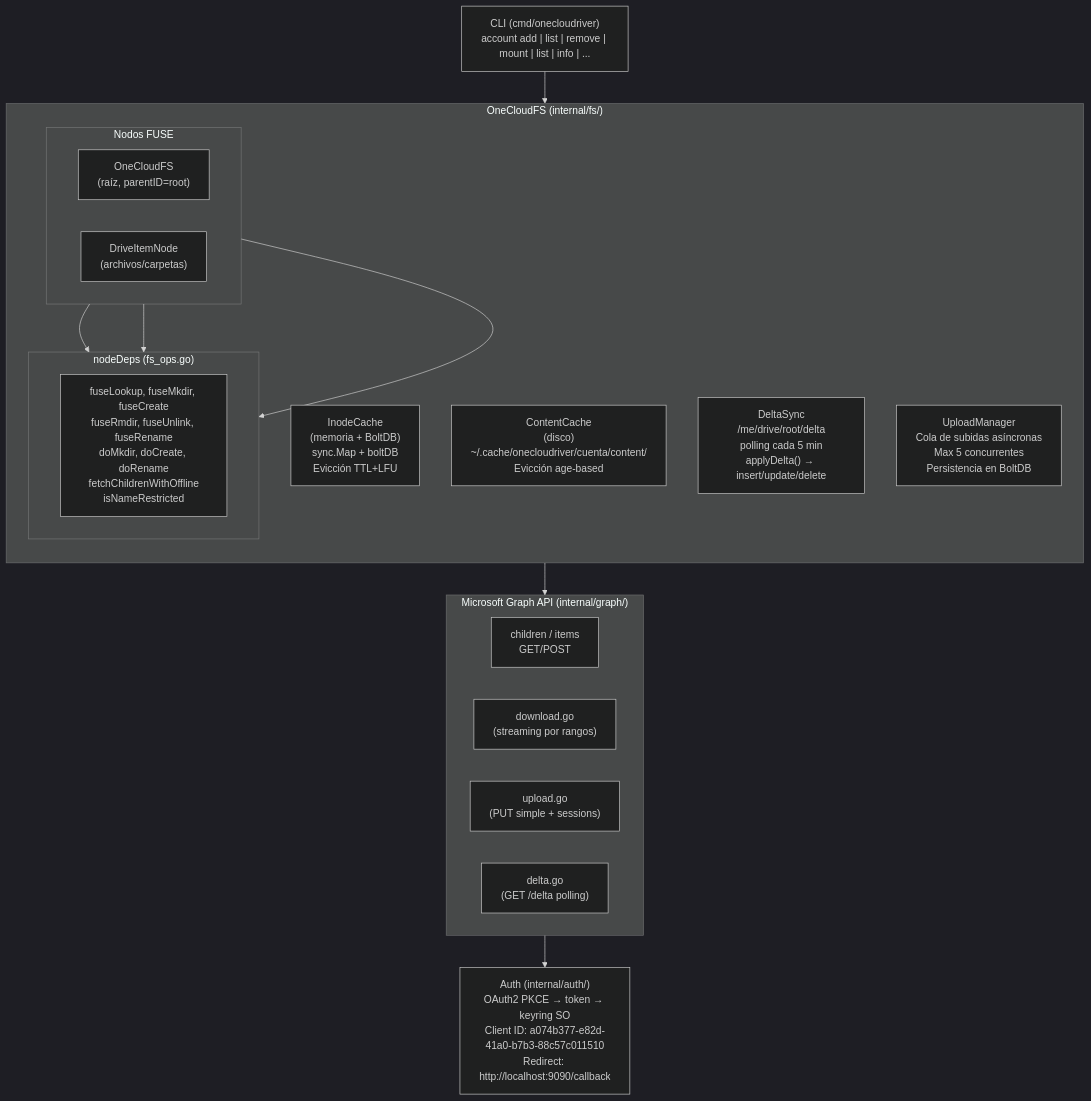
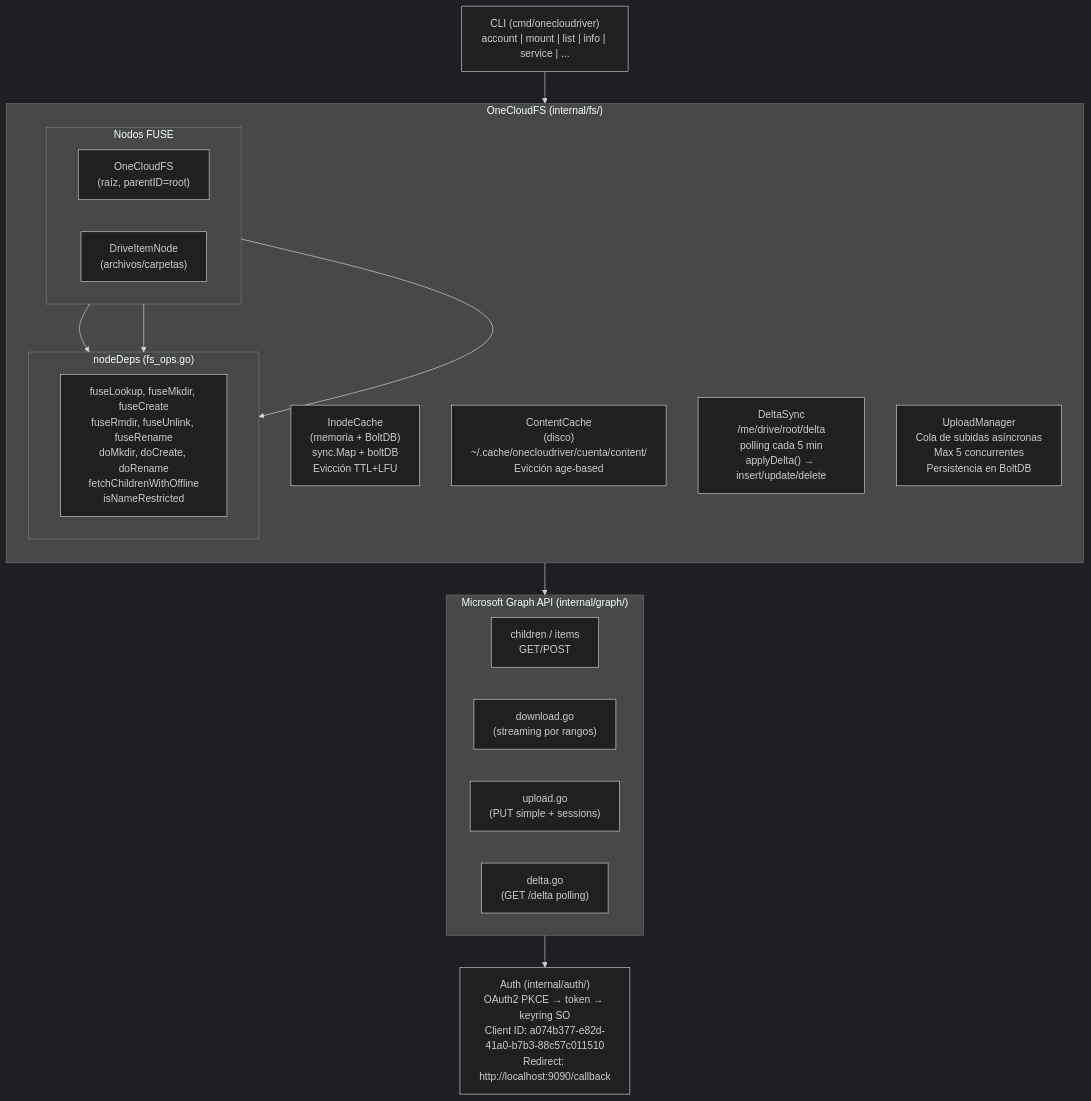
One commit to FROSADO/onecloudriver changed the first of 5 diagrams in docs/ARQUITECTURA.es.md. Above: the diagram before and after it, drawn with Mermaid (dark theme). The commit also changed other lines of this file and 5 other files, not shown here.

First line of the commit message:
docs(service): document architecture and management flows

````diff
--- a/docs/ARQUITECTURA.es.md
+++ b/docs/ARQUITECTURA.es.md
@@ -11,41 +11,41 @@
 ```mermaid
 flowchart TD
-    CLI["CLI (cmd/onecloudriver)<br/>account add | list | remove | mount | list | info | ..."]
+    CLI["CLI (cmd/onecloudriver)<br/>account | mount | list | info | service | ..."]
 
     subgraph FS["OneCloudFS (internal/fs/)"]
         direction TB
         IC["InodeCache<br/>(memoria + BoltDB)<br/>sync.Map + boltDB<br/>Evicción TTL+LFU"]
         CC["ContentCache<br/>(disco)<br/>~/.cache/onecloudriver/cuenta/content/<br/>Evicción age-based"]
         DS["DeltaSync<br/>/me/drive/root/delta<br/>polling cada 5 min<br/>applyDelta() → insert/update/delete"]
         UM["UploadManager<br/>Cola de subidas asíncronas<br/>Max 5 concurrentes<br/>Persistencia en BoltDB"]
 
         subgraph ND["nodeDeps (fs_ops.go)"]
             direction LR
             W["fuseLookup, fuseMkdir, fuseCreate<br/>fuseRmdir, fuseUnlink, fuseRename<br/>doMkdir, doCreate, doRename<br/>fetchChildrenWithOffline<br/>isNameRestricted"]
         end
 
         subgraph NODES["Nodos FUSE"]
             direction LR
             OCFS["OneCloudFS<br/>(raíz, parentID=root)"]
             DIN["DriveItemNode<br/>(archivos/carpetas)"]
         end
     end
 
     subgraph GRAPH["Microsoft Graph API (internal/graph/)"]
         direction LR
         CH["children / items<br/>GET/POST"]
         DL["download.go<br/>(streaming por rangos)"]
         UP["upload.go<br/>(PUT simple + sessions)"]
         DT["delta.go<br/>(GET /delta polling)"]
     end
 
     AUTH["Auth (internal/auth/)<br/>OAuth2 PKCE → token → keyring SO<br/>Client ID: a074b377-e82d-41a0-b7b3-88c57c011510<br/>Redirect: http://localhost:9090/callback"]
 
     CLI --> FS
     FS --> GRAPH
     GRAPH --> AUTH
 
     NODES --> ND
     OCFS --> ND
     DIN --> ND
 ```
````
